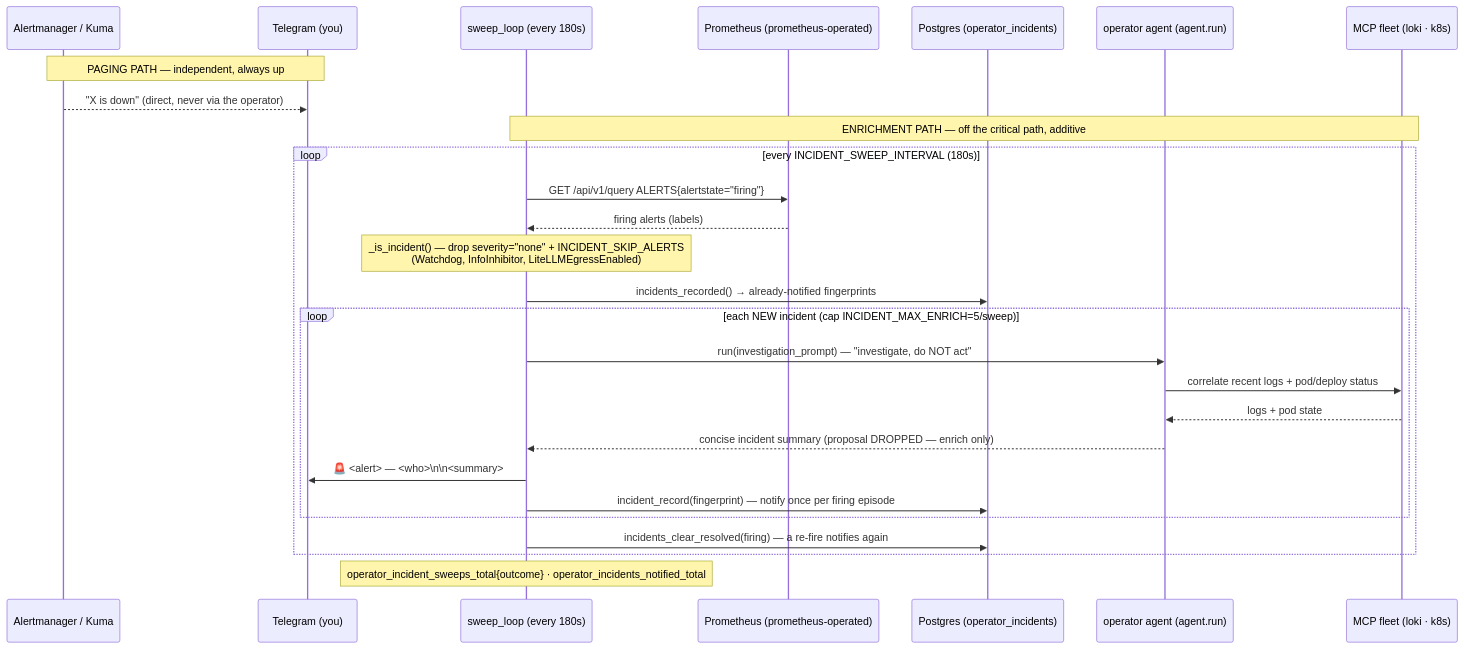
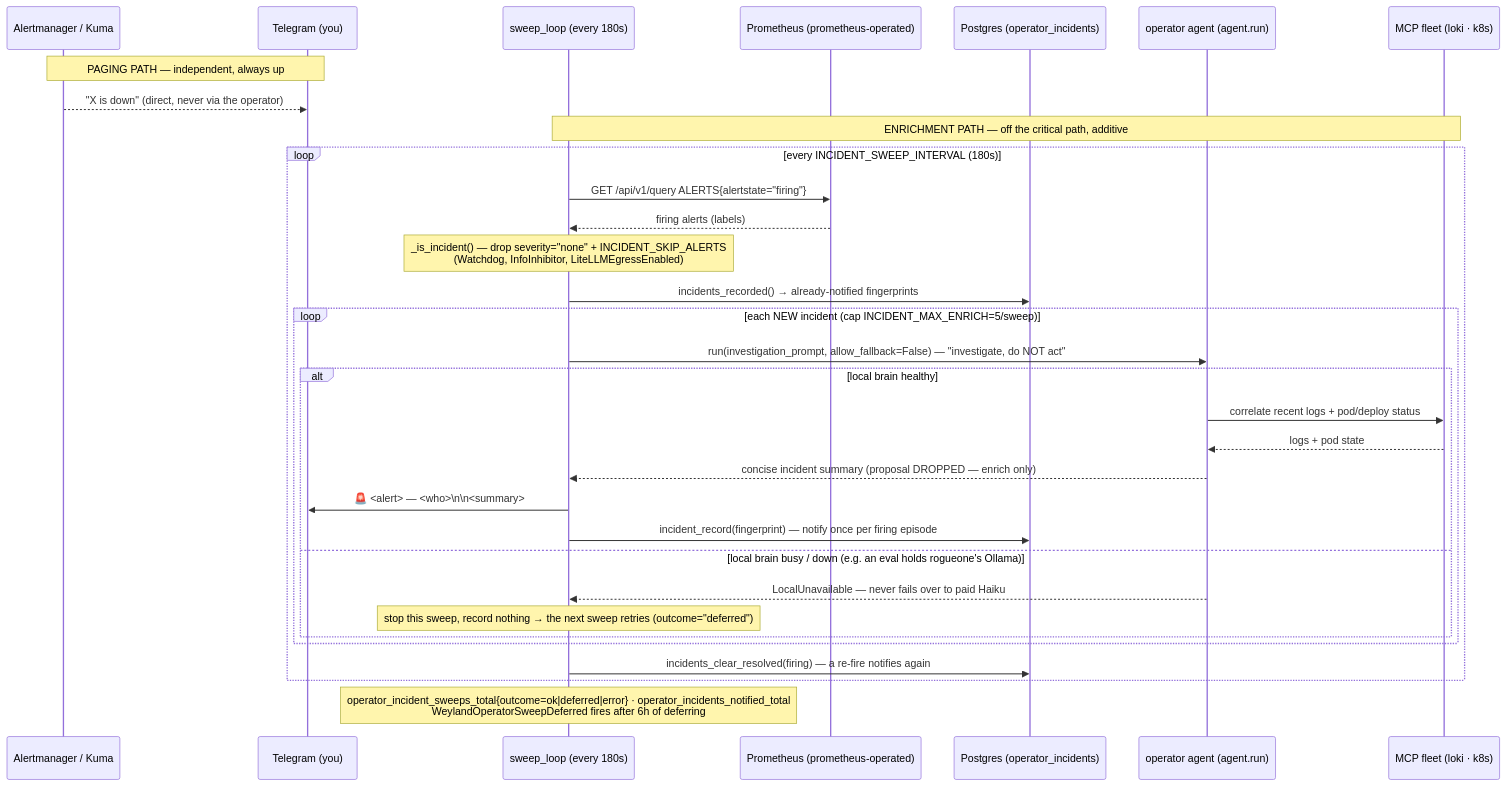
Before and after one commit to edtbl76/weyland-lab: the diagram in docs/diagrams/flow-incident-sweep.md, drawn with Mermaid. The commit also changed other lines of this file and 11 other files, not shown here.

First line of the commit message:
Add unit tests for Weyland operator incident sweeps and alert deferrals

````diff
--- a/docs/diagrams/flow-incident-sweep.md
+++ b/docs/diagrams/flow-incident-sweep.md
@@ -13,29 +13,34 @@
 ```mermaid
 sequenceDiagram
     participant K as Alertmanager / Kuma
     participant TG as Telegram (you)
     participant W as sweep_loop (every 180s)
     participant P as Prometheus (prometheus-operated)
     participant DB as Postgres (operator_incidents)
     participant A as operator agent (agent.run)
     participant F as MCP fleet (loki · k8s)
     Note over K,TG: PAGING PATH — independent, always up
     K-->>TG: "X is down" (direct, never via the operator)
     Note over W,F: ENRICHMENT PATH — off the critical path, additive
     loop every INCIDENT_SWEEP_INTERVAL (180s)
         W->>P: GET /api/v1/query ALERTS{alertstate="firing"}
         P-->>W: firing alerts (labels)
         Note over W: _is_incident() — drop severity="none" + INCIDENT_SKIP_ALERTS<br/>(Watchdog, InfoInhibitor, LiteLLMEgressEnabled)
         W->>DB: incidents_recorded() → already-notified fingerprints
         loop each NEW incident (cap INCIDENT_MAX_ENRICH=5/sweep)
-            W->>A: run(investigation_prompt) — "investigate, do NOT act"
-            A->>F: correlate recent logs + pod/deploy status
-            F-->>A: logs + pod state
-            A-->>W: concise incident summary (proposal DROPPED — enrich only)
-            W->>TG: 🚨 <alert> — <who>\n\n<summary>
-            W->>DB: incident_record(fingerprint) — notify once per firing episode
+            W->>A: run(investigation_prompt, allow_fallback=False) — "investigate, do NOT act"
+            alt local brain healthy
+                A->>F: correlate recent logs + pod/deploy status
+                F-->>A: logs + pod state
+                A-->>W: concise incident summary (proposal DROPPED — enrich only)
+                W->>TG: 🚨 <alert> — <who>\n\n<summary>
+                W->>DB: incident_record(fingerprint) — notify once per firing episode
+            else local brain busy / down (e.g. an eval holds rogueone's Ollama)
+                A-->>W: LocalUnavailable — never fails over to paid Haiku
+                Note over W: stop this sweep, record nothing → the next sweep retries (outcome="deferred")
+            end
         end
         W->>DB: incidents_clear_resolved(firing) — a re-fire notifies again
     end
-    Note over W: operator_incident_sweeps_total{outcome} · operator_incidents_notified_total
+    Note over W: operator_incident_sweeps_total{outcome=ok|deferred|error} · operator_incidents_notified_total<br/>WeylandOperatorSweepDeferred fires after 6h of deferring
 ```
````
